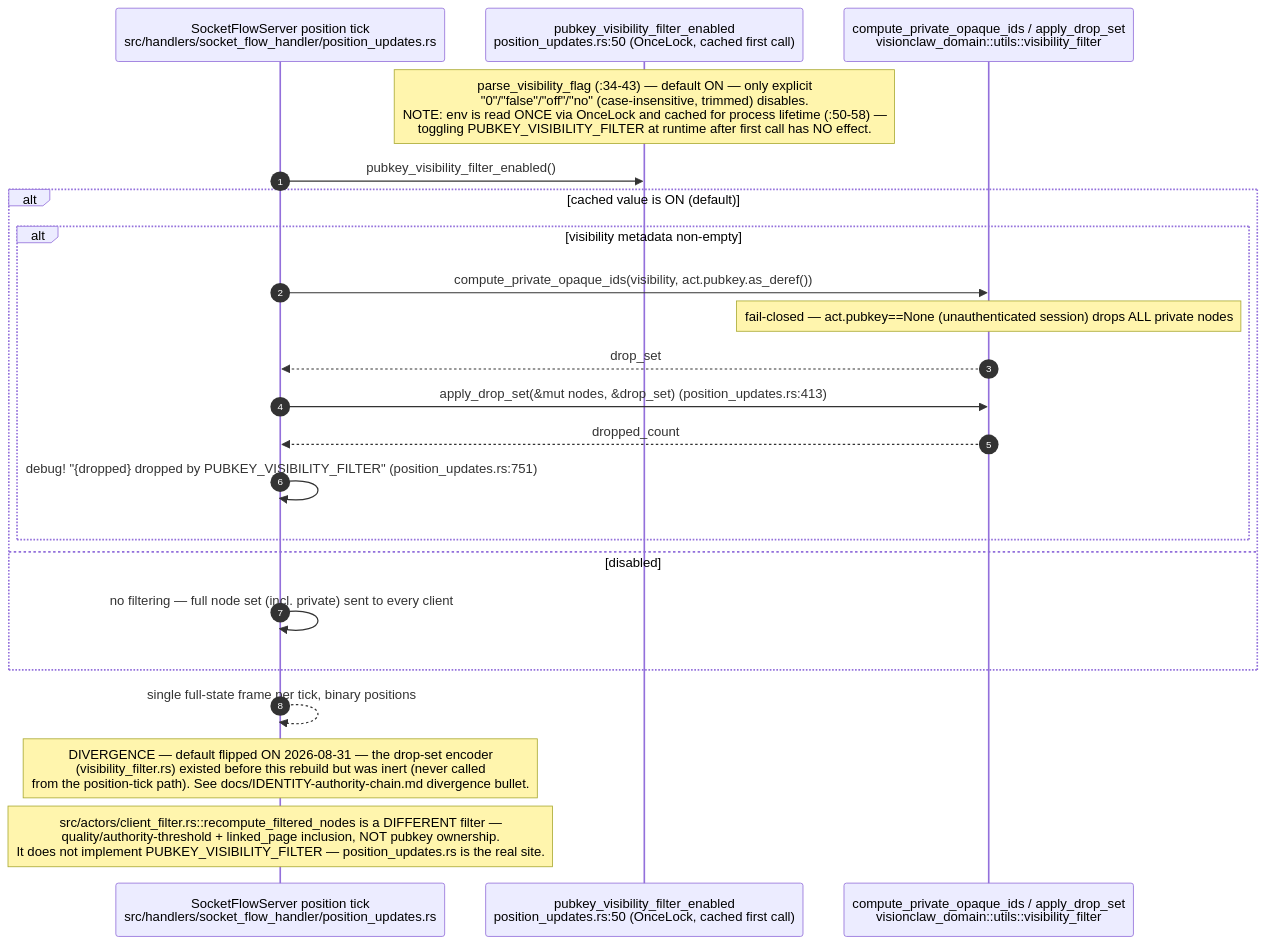
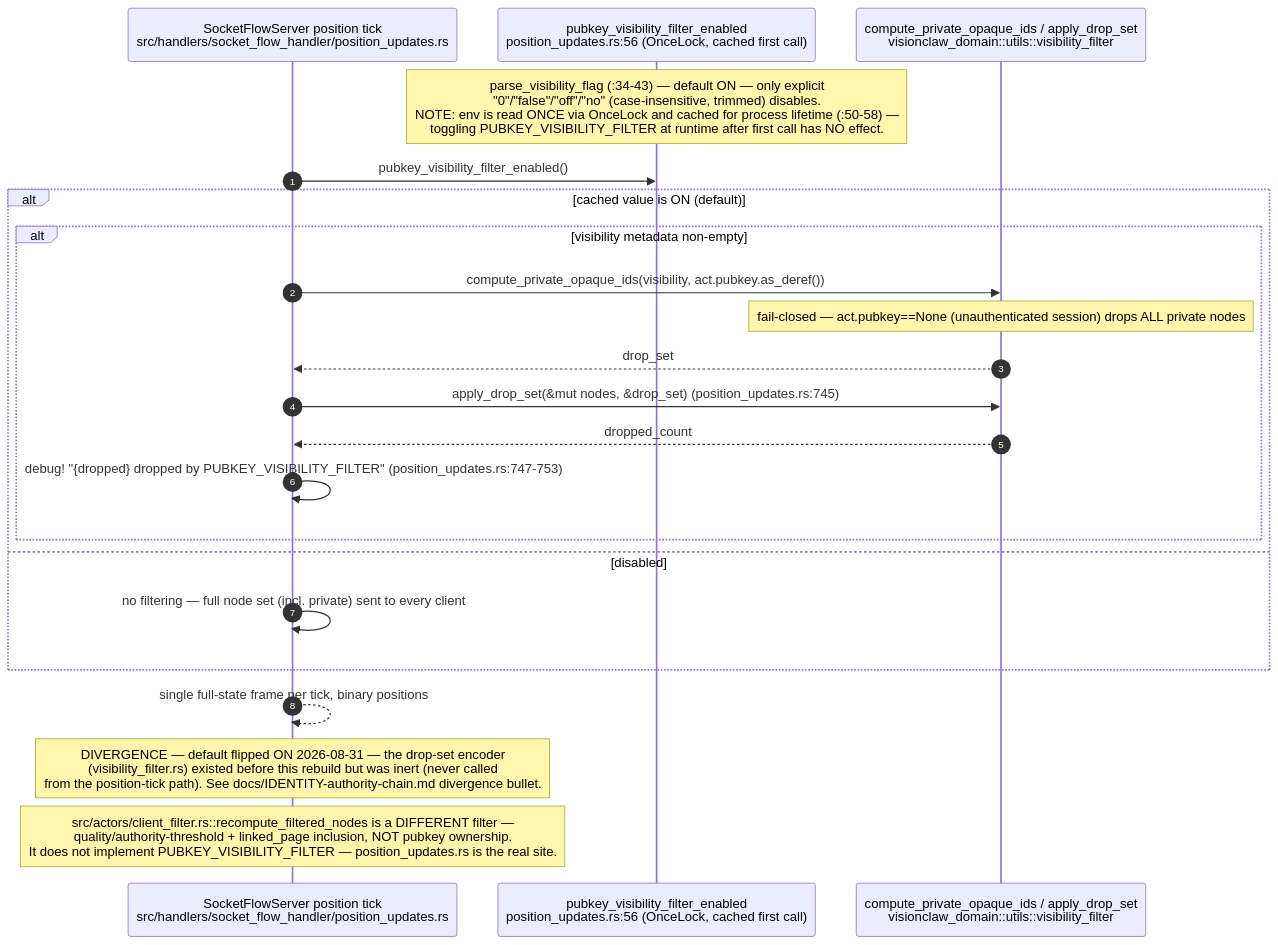
Before and after one commit to DreamLab-AI/VisionFlow: the ninth of 14 diagrams in docs/diagrams/visionclaw/03-request-lifecycle-and-rbac.md, drawn with Mermaid. The commit also changed other lines of this file and 136 other files, not shown here.

First line of the commit message:
docs(diagrams): refresh the whole corpus to code HEAD and prune low-value diagrams

````diff
--- a/docs/diagrams/visionclaw/03-request-lifecycle-and-rbac.md
+++ b/docs/diagrams/visionclaw/03-request-lifecycle-and-rbac.md
@@ -411,25 +414,25 @@
 ```mermaid
 sequenceDiagram
     autonumber
     participant WS as SocketFlowServer position tick<br/>src/handlers/socket_flow_handler/position_updates.rs
-    participant EF as pubkey_visibility_filter_enabled<br/>position_updates.rs:50 (OnceLock, cached first call)
+    participant EF as pubkey_visibility_filter_enabled<br/>position_updates.rs:56 (OnceLock, cached first call)
     participant VF as compute_private_opaque_ids / apply_drop_set<br/>visionclaw_domain::utils::visibility_filter
 
     Note over EF: parse_visibility_flag (:34-43) — default ON — only explicit<br/>"0"/"false"/"off"/"no" (case-insensitive, trimmed) disables.<br/>NOTE: env is read ONCE via OnceLock and cached for process lifetime (:50-58) —<br/>toggling PUBKEY_VISIBILITY_FILTER at runtime after first call has NO effect.
     WS->>EF: pubkey_visibility_filter_enabled()
     alt cached value is ON (default)
         alt visibility metadata non-empty
             WS->>VF: compute_private_opaque_ids(visibility, act.pubkey.as_deref())
             Note over VF: fail-closed — act.pubkey==None (unauthenticated session) drops ALL private nodes
             VF-->>WS: drop_set
-            WS->>VF: apply_drop_set(&mut nodes, &drop_set) (position_updates.rs:413)
+            WS->>VF: apply_drop_set(&mut nodes, &drop_set) (position_updates.rs:745)
             VF-->>WS: dropped_count
-            WS->>WS: debug! "{dropped} dropped by PUBKEY_VISIBILITY_FILTER" (position_updates.rs:751)
+            WS->>WS: debug! "{dropped} dropped by PUBKEY_VISIBILITY_FILTER" (position_updates.rs:747-753)
         end
     else disabled
         WS->>WS: no filtering — full node set (incl. private) sent to every client
     end
     WS-->>WS: single full-state frame per tick, binary positions
     Note over WS: DIVERGENCE — default flipped ON 2026-08-31 — the drop-set encoder<br/>(visibility_filter.rs) existed before this rebuild but was inert (never called<br/>from the position-tick path). See docs/IDENTITY-authority-chain.md divergence bullet.
     Note over WS: src/actors/client_filter.rs::recompute_filtered_nodes is a DIFFERENT filter —<br/>quality/authority-threshold + linked_page inclusion, NOT pubkey ownership.<br/>It does not implement PUBKEY_VISIBILITY_FILTER — position_updates.rs is the real site.
 ```
````
